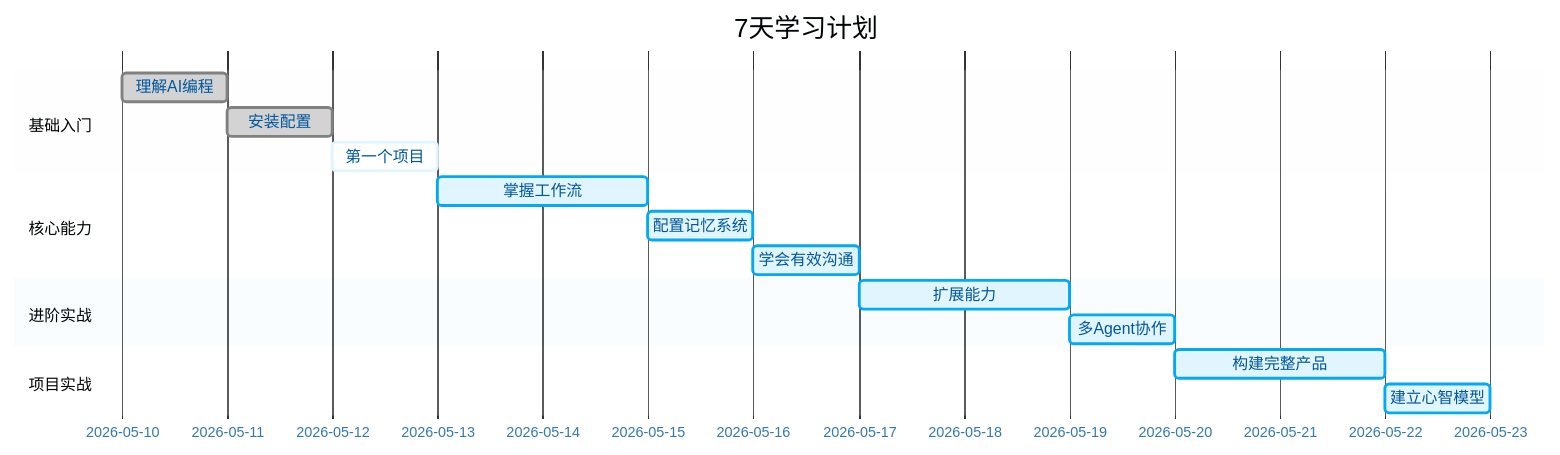
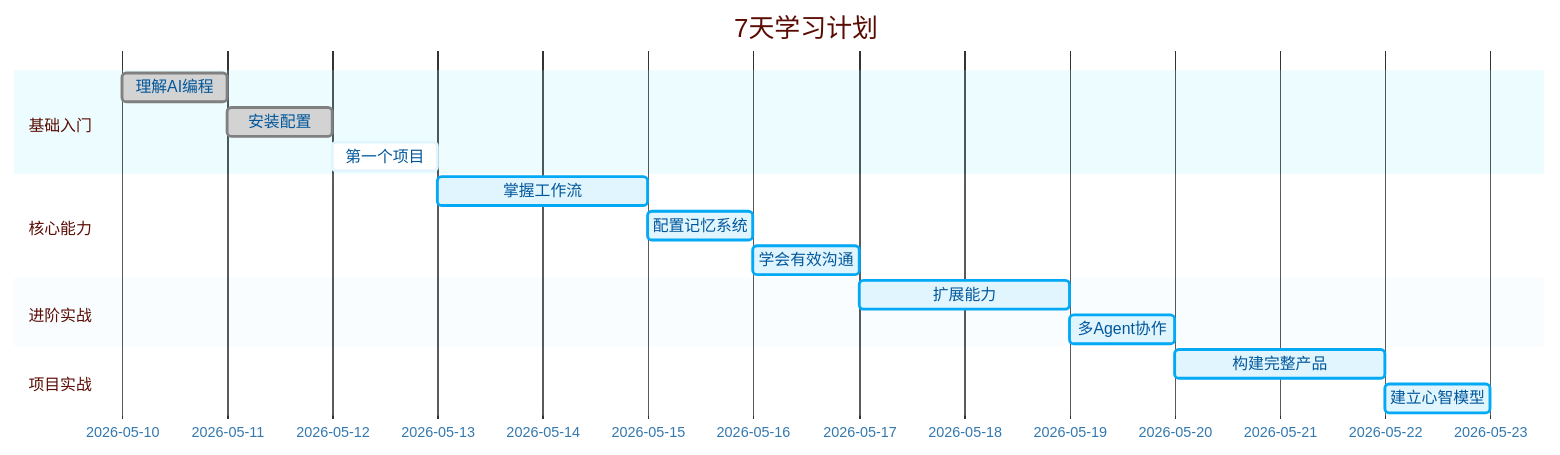
One commit to microwind/ai-skills changed the seventh of 19 diagrams in docs/claude/ClaudeCodeAI编程完全指南.md. Above: the diagram before and after it, drawn with Mermaid. The commit also changed other lines of this file and 1 other file, not shown here.

````diff
--- a/docs/claude/ClaudeCodeAI编程完全指南.md
+++ b/docs/claude/ClaudeCodeAI编程完全指南.md
@@ -166,20 +195,20 @@
 ```mermaid
-%%{init: {'theme': 'base', 'themeVariables': { 'primaryColor': '#e1f5fe', 'primaryTextColor': '#01579b', 'primaryBorderColor': '#03a9f4', 'lineColor': '#039be5', 'fillType0': '#e3f2fd', 'fillType1': '#bbdefb', 'fillType2': '#90caf9' }}}%%
+%%{init: {'theme': 'base', 'themeVariables': { 'background': '#ecfeff', 'secondaryColor': '#cffafe', 'tertiaryColor': '#a5f3fc', 'primaryColor': '#e1f5fe', 'primaryTextColor': '#01579b', 'primaryBorderColor': '#03a9f4', 'lineColor': '#039be5', 'fillType0': '#e3f2fd', 'fillType1': '#bbdefb', 'fillType2': '#90caf9' }}}%%
 gantt
     title 7天学习计划
     dateFormat  YYYY-MM-DD
     section 基础入门
     理解AI编程        :done, des1, 2026-05-10, 1d
     安装配置          :done, des2, after des1, 1d
     第一个项目         :active, des3, after des2, 1d
     section 核心能力
     掌握工作流        :des4, after des3, 2d
     配置记忆系统       :des5, after des4, 1d
     学会有效沟通      :des6, after des5, 1d
     section 进阶实战
     扩展能力          :des7, after des6, 2d
     多Agent协作        :des8, after des7, 1d
     section 项目实战
     构建完整产品      :des9, after des8, 2d
     建立心智模型      :des10, after des9, 1d
 ```
````
